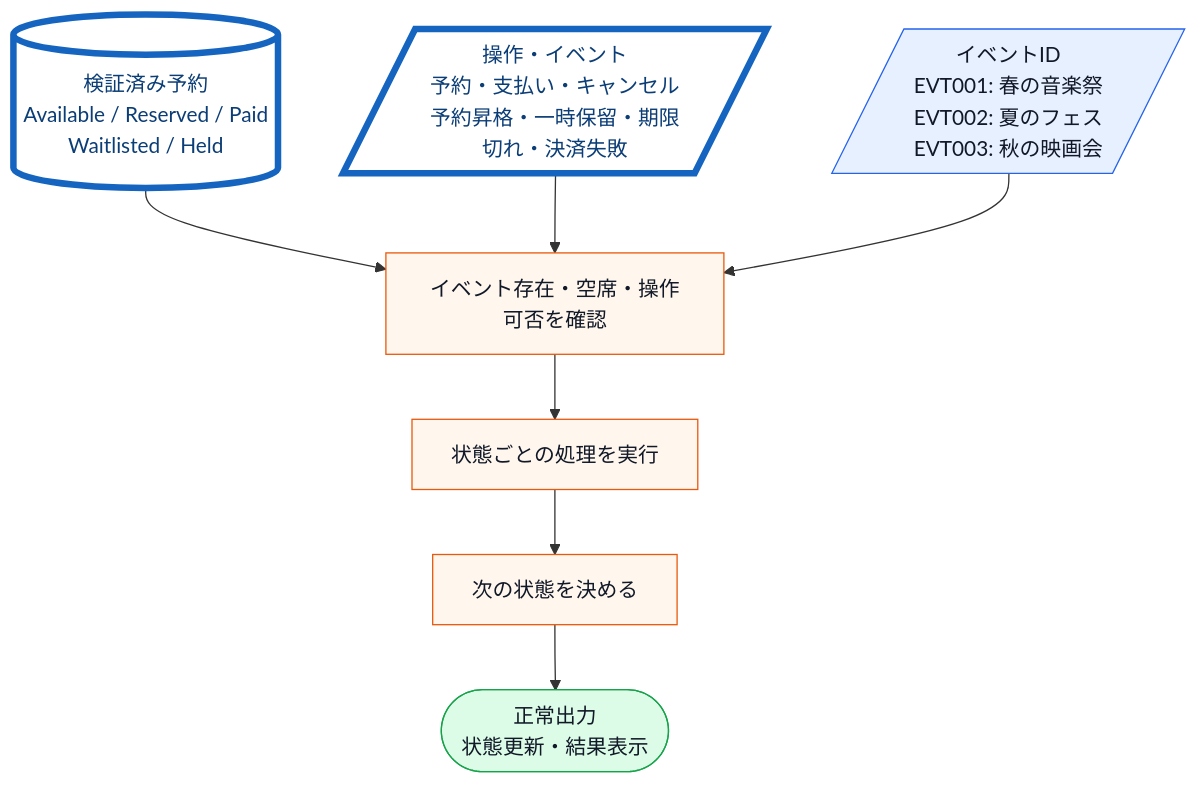
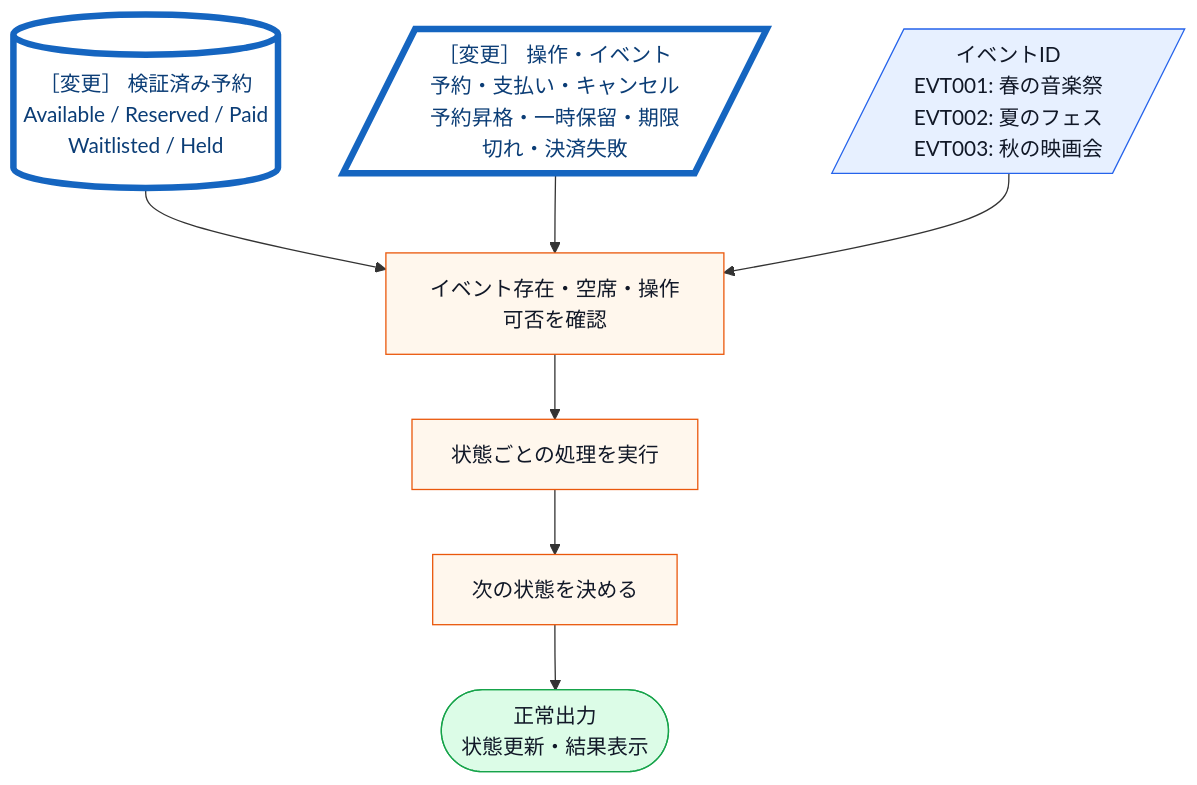
Before and after one commit to kumachan1101-pixel/DesignPattern: the eighth of 20 diagrams in kindle/design-patterns/books/volume01-core-patterns/output/04-chapter02.md, drawn with Mermaid. The commit also changed other lines of this file and 40 other files, not shown here.

````diff
--- a/kindle/design-patterns/books/volume01-core-patterns/output/04-chapter02.md
+++ b/kindle/design-patterns/books/volume01-core-patterns/output/04-chapter02.md
@@ -838,17 +865,17 @@
 ```mermaid
 flowchart TB
-    A[(検証済み予約<br>Available / Reserved / Paid<br>Waitlisted / Held)]:::data --> B[イベント存在・空席・操作可否を確認]:::process
-    C[/操作・イベント<br>予約・支払い・キャンセル<br>予約昇格・一時保留・期限切れ・決済失敗/]:::input --> B
+    A[(［変更］ 検証済み予約<br>Available / Reserved / Paid<br>Waitlisted / Held)]:::data --> B[イベント存在・空席・操作可否を確認]:::process
+    C[/［変更］ 操作・イベント<br>予約・支払い・キャンセル<br>予約昇格・一時保留・期限切れ・決済失敗/]:::input --> B
     D[/イベントID<br>EVT001: 春の音楽祭<br>EVT002: 夏のフェス<br>EVT003: 秋の映画会/]:::input --> B
     B --> F[状態ごとの処理を実行]:::process
     F --> G[次の状態を決める]:::process
     G --> H([正常出力<br>状態更新・結果表示]):::normal
 
     classDef data fill:#ecfeff,stroke:#0891b2,color:#111827;
     classDef input fill:#e7f0ff,stroke:#2563eb,color:#111827;
     classDef process fill:#fff7ed,stroke:#ea580c,color:#111827;
     classDef decision fill:#fef9c3,stroke:#ca8a04,color:#111827;
     classDef normal fill:#dcfce7,stroke:#16a34a,color:#111827;
     class A,C touched;
     classDef touched fill:#ffffff,stroke:#1565c0,stroke-width:5px,color:#0b3d76;
 ```
````
